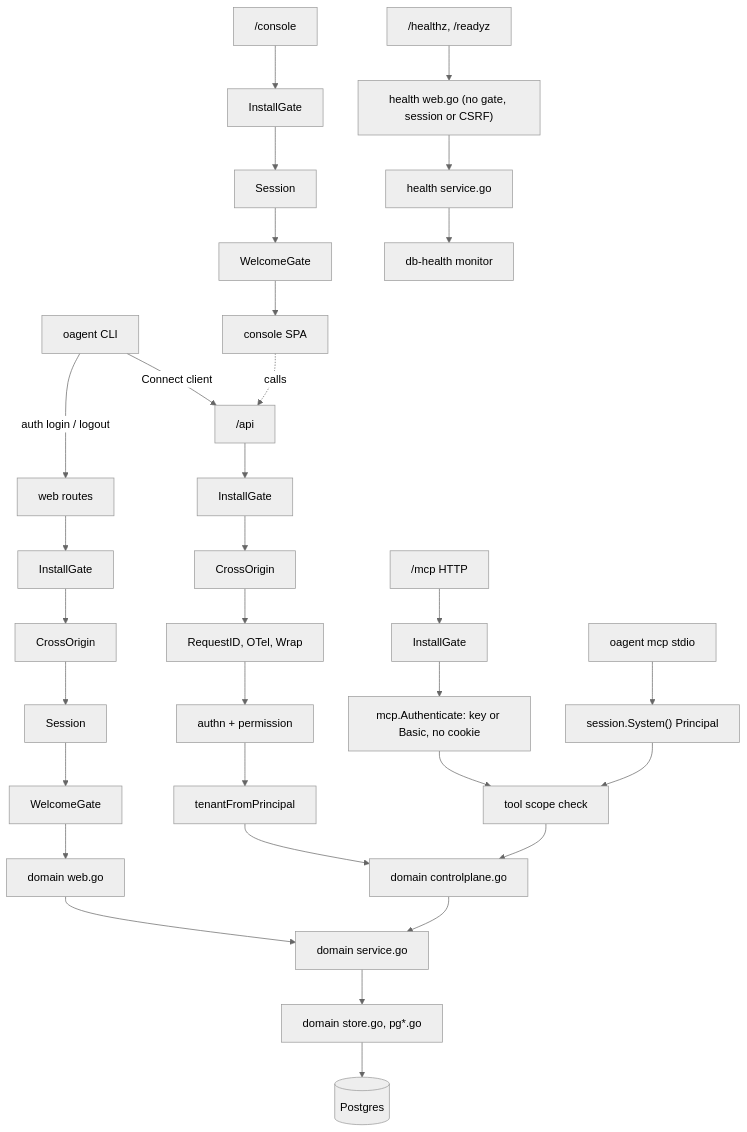
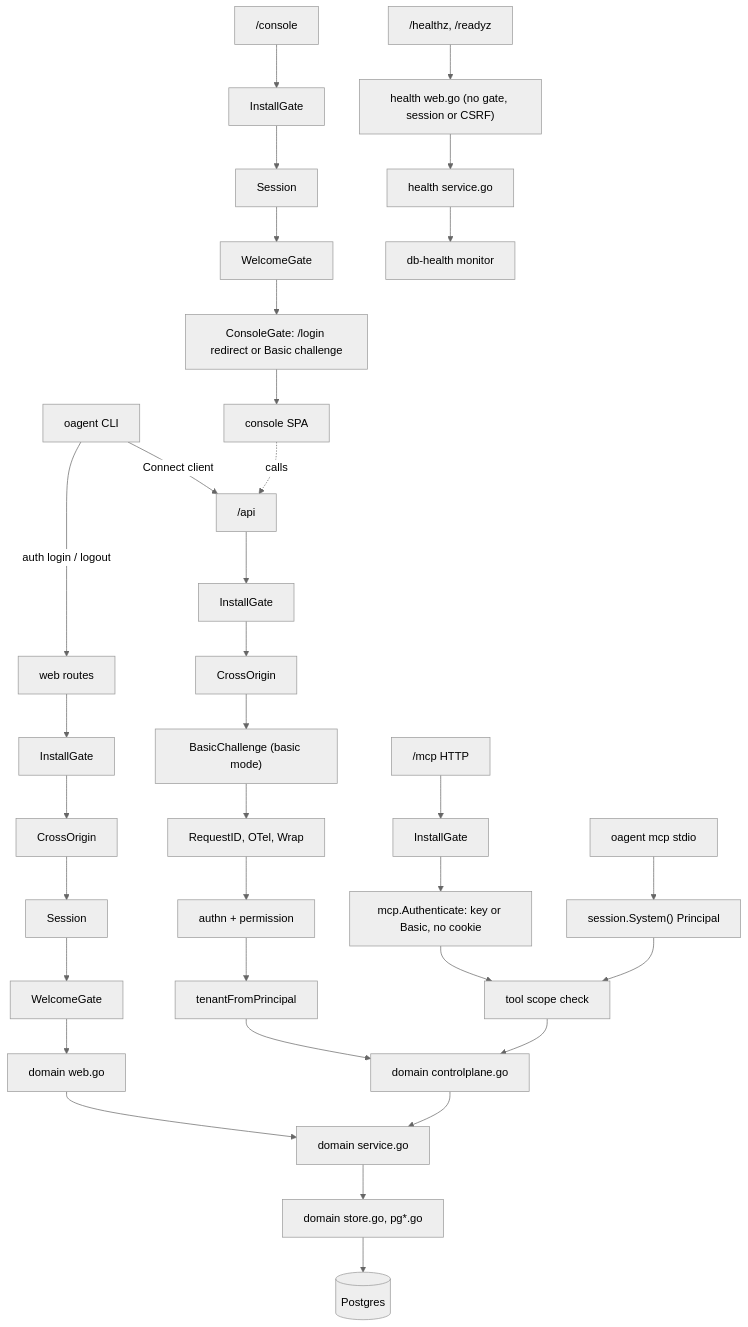
One commit to altalune-id/oagent changed the second of 3 diagrams in internal/boot/README.md. Above: the diagram before and after it, drawn with Mermaid (neutral theme). The commit also changed other lines of this file and 28 other files, not shown here.

Commit message:
feat(auth): require credentials on api, mcp and console

````diff
--- a/internal/boot/README.md
+++ b/internal/boot/README.md
@@ -41,16 +41,16 @@
 ```mermaid
 flowchart TD
     CLI["oagent CLI"] -- Connect client --> API
     CLI -- "auth login / logout" --> WEB
-    API["/api"] --> G1[InstallGate] --> C1[CrossOrigin] --> I1["RequestID, OTel, Wrap"] --> I2["authn + permission"] --> I3[tenantFromPrincipal] --> DC
+    API["/api"] --> G1[InstallGate] --> C1[CrossOrigin] --> B1["BasicChallenge (basic mode)"] --> I1["RequestID, OTel, Wrap"] --> I2["authn + permission"] --> I3[tenantFromPrincipal] --> DC
     WEB["web routes"] --> G2[InstallGate] --> C2[CrossOrigin] --> S2[Session] --> W2[WelcomeGate] --> DW
-    CON["/console"] --> G3[InstallGate] --> S3[Session] --> W3[WelcomeGate] --> SPA[console SPA]
+    CON["/console"] --> G3[InstallGate] --> S3[Session] --> W3[WelcomeGate] --> CG3["ConsoleGate: /login redirect or Basic challenge"] --> SPA[console SPA]
     SPA -. calls .-> API
     MCPH["/mcp HTTP"] --> G4[InstallGate] --> A4["mcp.Authenticate: key or Basic, no cookie"] --> T4["tool scope check"] --> DC
     MCPS["oagent mcp stdio"] --> SYS["session.System() Principal"] --> T4
     LB["/healthz, /readyz"] --> HW["health web.go (no gate, session or CSRF)"] --> HS["health service.go"] --> DBH["db-health monitor"]
 
     DC["domain controlplane.go"] --> SVC["domain service.go"]
     DW["domain web.go"] --> SVC
     SVC --> ST["domain store.go, pg*.go"] --> PG[(Postgres)]
 ```
````
